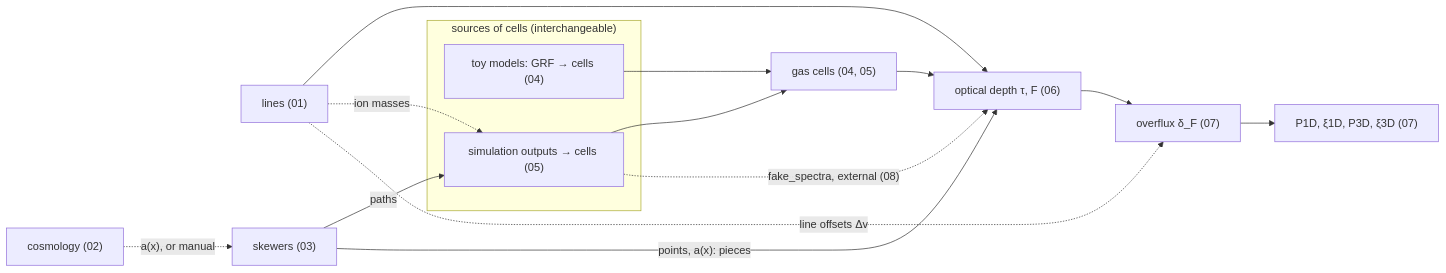
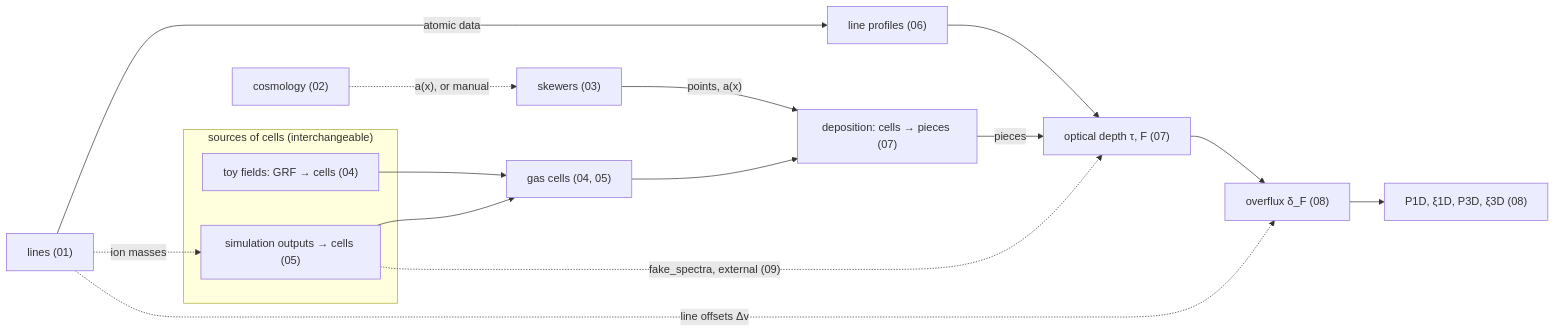
One commit to daniellopezcano/SkewerJAX changed the second of 2 diagrams in README.md. Above: the diagram before and after it, drawn with Mermaid. The commit also changed other lines of this file and 33 other files, not shown here.

Commit message:
improving optical depth explanations

````diff
--- a/README.md
+++ b/README.md
@@ -91,19 +92,20 @@
 ```mermaid
 flowchart LR
-    L["lines (01)"] --> T["optical depth τ, F (06)"]
+    L["lines (01)"] -- "atomic data" --> LP["line profiles (06)"]
+    LP --> T["optical depth τ, F (07)"]
     C["cosmology (02)"] -. "a(x), or manual" .-> K["skewers (03)"]
     subgraph SRC["sources of cells (interchangeable)"]
-        TS["toy models: GRF → cells (04)"]
+        TS["toy fields: GRF → cells (04)"]
         SIM["simulation outputs → cells (05)"]
     end
-    K -- paths --> SIM
     L -. "ion masses" .-> SIM
     TS --> F["gas cells (04, 05)"]
     SIM --> F
-    F --> T
-    K -- "points, a(x): pieces" --> T
-    T --> O["overflux δ_F (07)"]
+    F --> D["deposition: cells → pieces (07)"]
+    K -- "points, a(x)" --> D
+    D -- pieces --> T
+    T --> O["overflux δ_F (08)"]
     L -. "line offsets Δv" .-> O
-    O --> P["P1D, ξ1D, P3D, ξ3D (07)"]
-    SIM -. "fake_spectra, external (08)" .-> T
+    O --> P["P1D, ξ1D, P3D, ξ3D (08)"]
+    SIM -. "fake_spectra, external (09)" .-> T
 ```
````
